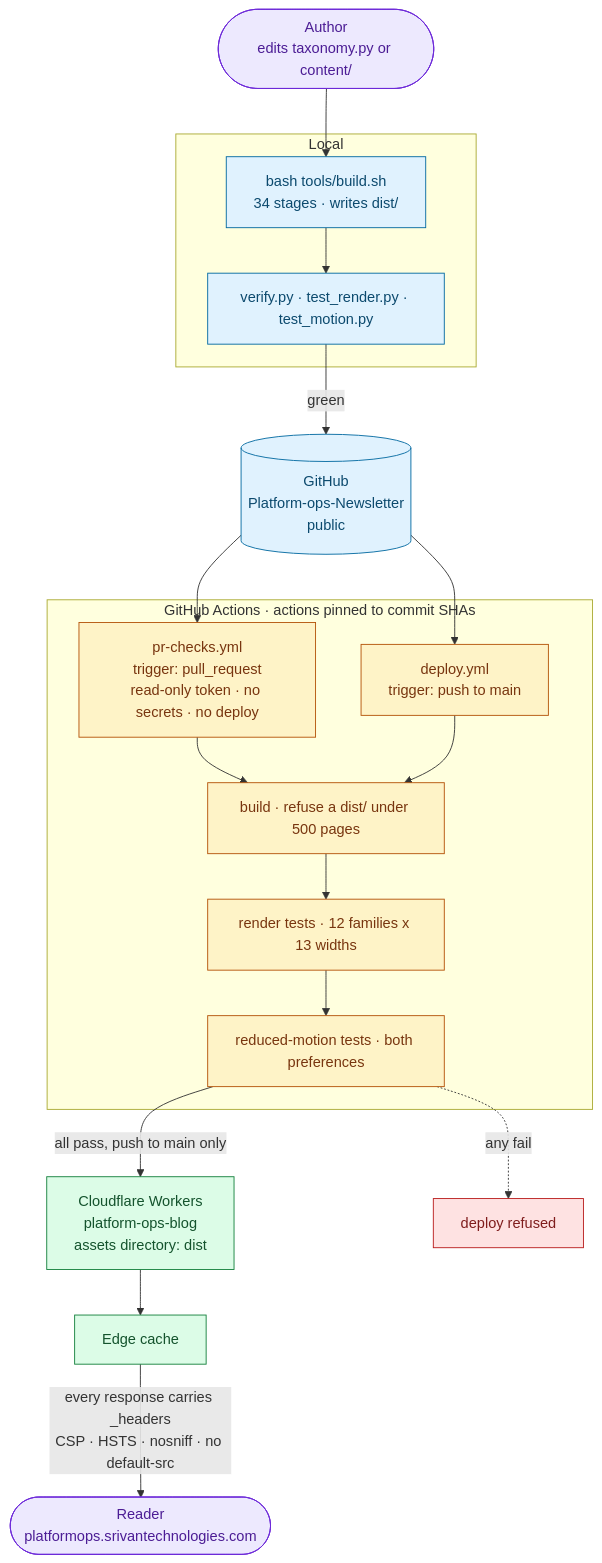
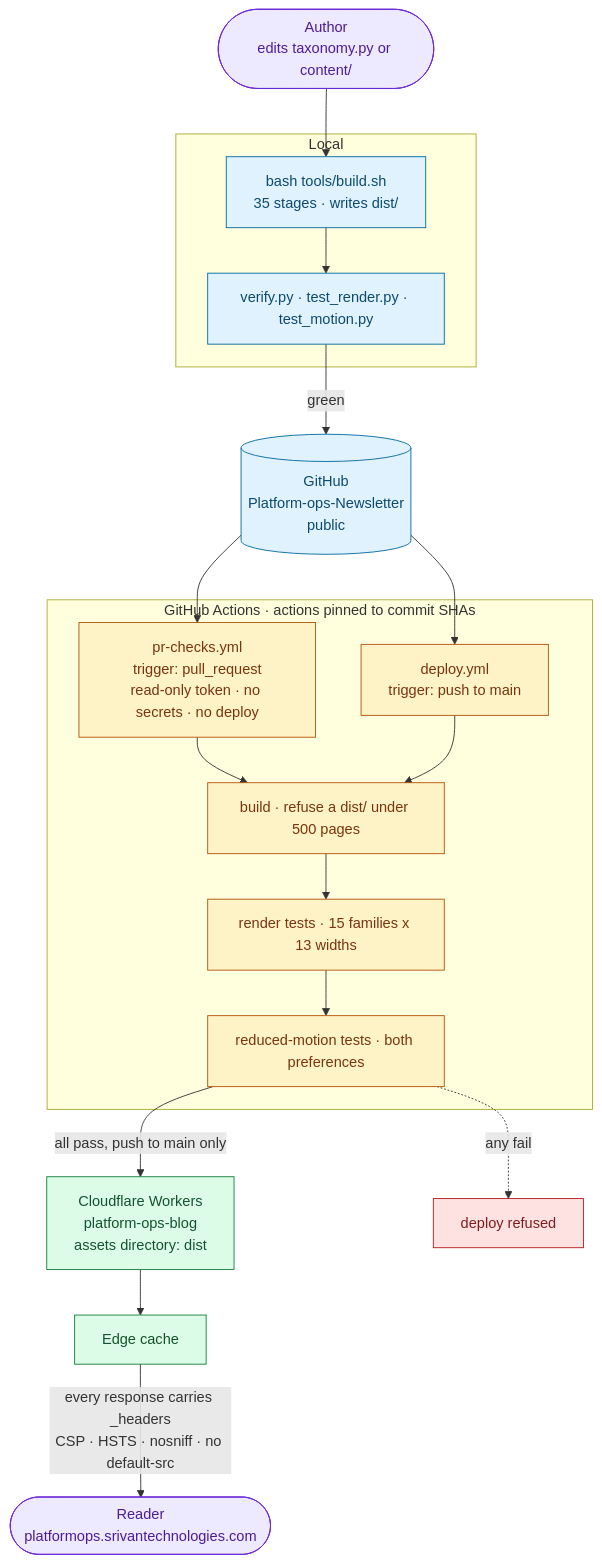
One commit to Vishal-Abhinav/Platform-ops-Newsletter changed the second of 3 diagrams in README.md. Above: the diagram before and after it, drawn with Mermaid. The commit also changed other lines of this file and 20 other files, not shown here.

````diff
--- a/README.md
+++ b/README.md
@@ -214,47 +214,47 @@
 ```mermaid
 flowchart TB
   DEV(["Author<br/>edits taxonomy.py or content/"])
 
   subgraph LOCAL["Local"]
-    BUILD["bash tools/build.sh<br/>34 stages · writes dist/"]
+    BUILD["bash tools/build.sh<br/>35 stages · writes dist/"]
     SUITE["verify.py · test_render.py · test_motion.py"]
   end
 
   GH[("GitHub<br/>Platform-ops-Newsletter<br/>public")]
 
   subgraph CI["GitHub Actions · actions pinned to commit SHAs"]
     PR["pr-checks.yml<br/>trigger: pull_request<br/>read-only token · no secrets · no deploy"]
     DEP["deploy.yml<br/>trigger: push to main"]
     G1["build · refuse a dist/ under 500 pages"]
-    G2["render tests · 12 families x 13 widths"]
+    G2["render tests · 15 families x 13 widths"]
     G3["reduced-motion tests · both preferences"]
   end
 
   CF["Cloudflare Workers<br/>platform-ops-blog<br/>assets directory: dist"]
   EDGE["Edge cache"]
   READER(["Reader<br/>platformops.srivantechnologies.com"])
   BLOCK["deploy refused"]
 
   DEV --> BUILD --> SUITE
   SUITE -->|green| GH
   GH --> PR
   GH --> DEP
   PR --> G1
   DEP --> G1
   G1 --> G2 --> G3
   G3 -->|all pass, push to main only| CF
   G3 -.->|any fail| BLOCK
   CF --> EDGE
   EDGE -->|"every response carries _headers<br/>CSP · HSTS · nosniff · no default-src"| READER
 
   classDef human fill:#ede9fe,stroke:#6d28d9,color:#4c1d95
   classDef local fill:#e0f2fe,stroke:#0369a1,color:#0c4a6e
   classDef ci fill:#fef3c7,stroke:#b45309,color:#78350f
   classDef edge fill:#dcfce7,stroke:#15803d,color:#14532d
   classDef bad fill:#fee2e2,stroke:#b91c1c,color:#7f1d1d
   class DEV,READER human
   class BUILD,SUITE,GH local
   class PR,DEP,G1,G2,G3 ci
   class CF,EDGE edge
   class BLOCK bad
 ```
````
